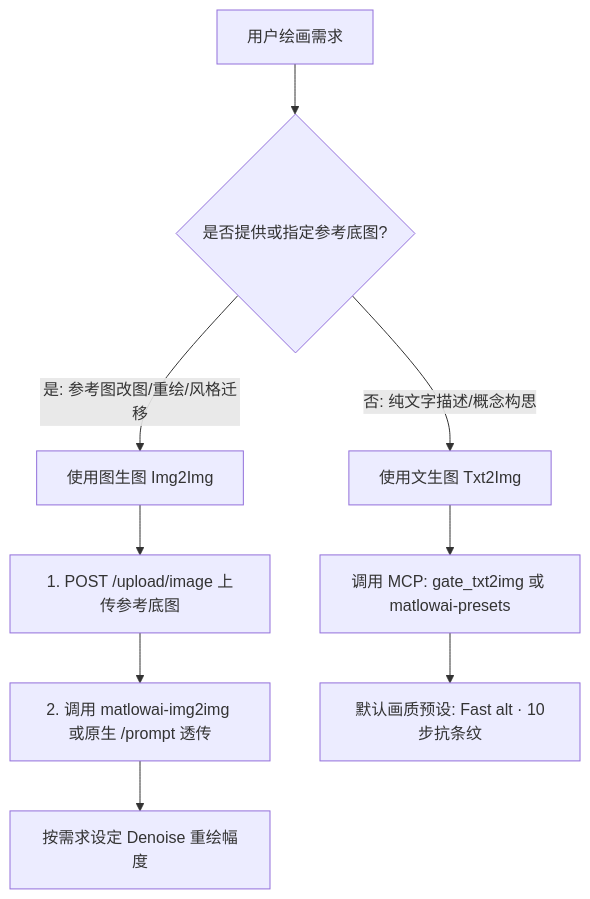
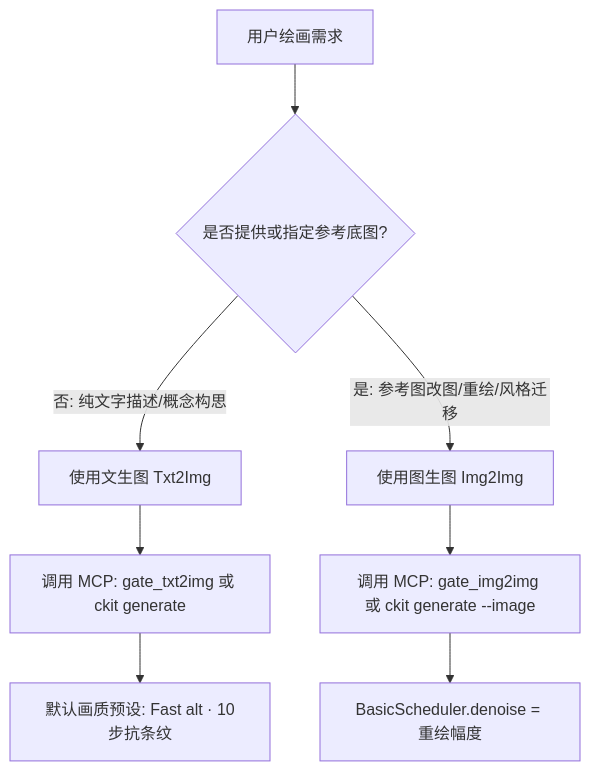
Before and after one commit to FireTable/comfy-colab-kit: the diagram in skills/comfy-colab-kit/SKILL.md, drawn with Mermaid. The commit also changed other lines of this file and 4 other files, not shown here.

Commit message:
feat(cli,skill): sync operator skill, refine img2img graph, and support standalone ckit validate

````diff
--- a/skills/comfy-colab-kit/SKILL.md
+++ b/skills/comfy-colab-kit/SKILL.md
@@ -133,13 +123,12 @@
 ```mermaid
 flowchart TD
     Req[用户绘画需求] --> HasImg{是否提供或指定参考底图?}
     HasImg -- 否: 纯文字描述/概念构思 --> Txt2Img[使用文生图 Txt2Img]
     HasImg -- 是: 参考图改图/重绘/风格迁移 --> Img2Img[使用图生图 Img2Img]
-    
-    Txt2Img --> ToolT2I[调用 MCP: gate_txt2img 或 matlowai-presets]
-    Img2Img --> UploadRef[1. POST /upload/image 上传参考底图]
-    UploadRef --> ToolI2I[2. 调用 matlowai-img2img 或原生 /prompt 透传]
-    
+
+    Txt2Img --> ToolT2I[调用 MCP: gate_txt2img 或 ckit generate]
+    Img2Img --> ToolI2I[调用 MCP: gate_img2img 或 ckit generate --image]
+
     ToolT2I --> FastAlt[默认画质预设: Fast alt · 10步抗条纹]
-    ToolI2I --> SetDenoise[按需求设定 Denoise 重绘幅度]
+    ToolI2I --> SetDenoise[BasicScheduler.denoise = 重绘幅度]
 ```
````
